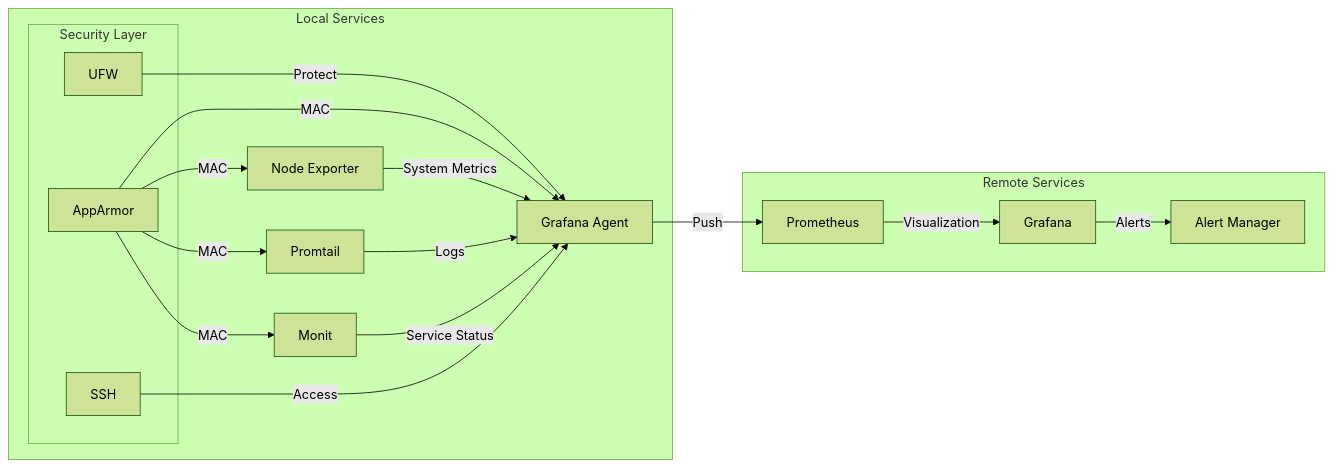
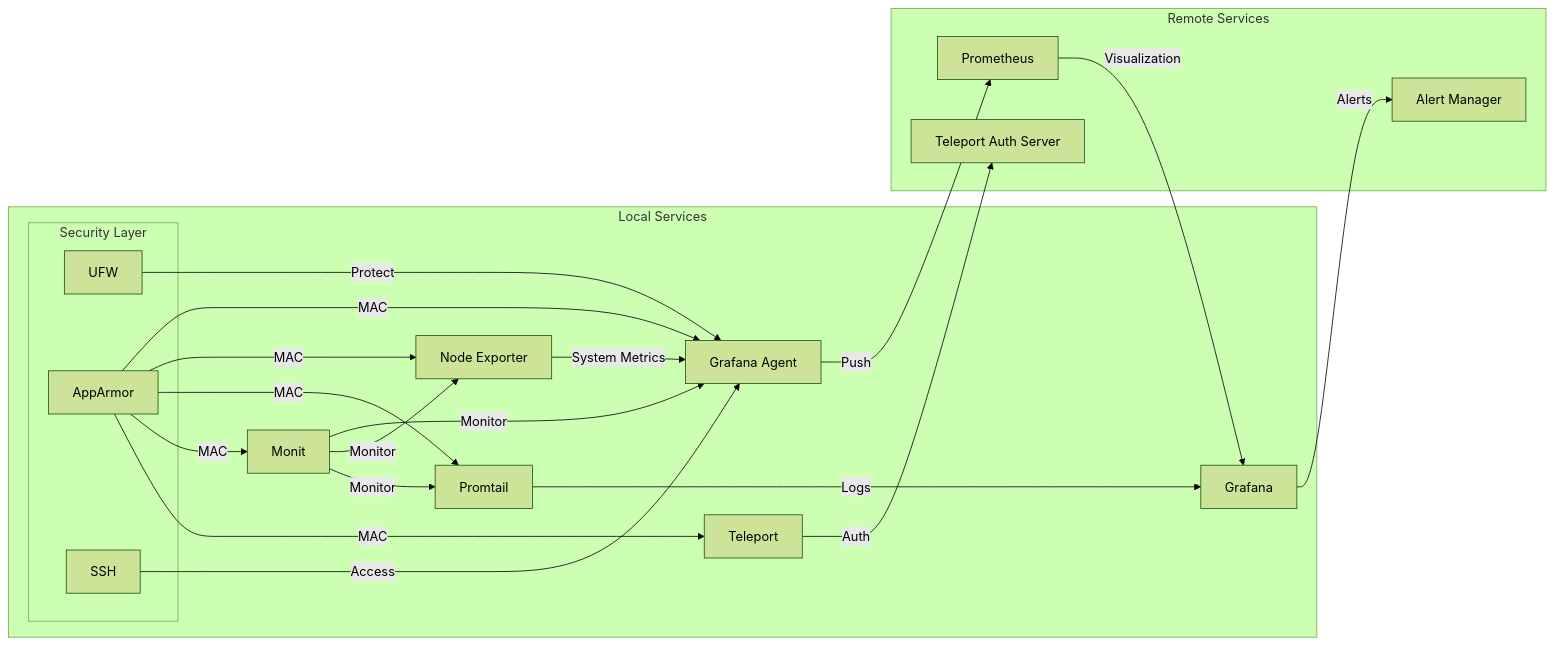
The second of 2 diagrams in roles/admin/README.md (pampatzoglou/provision-validators), drawn with Mermaid (forest theme) before and after one commit. The commit also changed other lines of this file and 2 other files, not shown here.

````diff
--- a/roles/admin/README.md
+++ b/roles/admin/README.md
@@ -240,35 +249,39 @@
 ```mermaid
 graph LR
     subgraph Local Services
         A[Grafana Agent]
         B[Node Exporter]
-        C[Promtail]
-        D[Monit]
+        C[Promtail] --> |Logs| I[Grafana]
+        D[Monit] --> |Monitor| A
+        D --> |Monitor| B
+        D --> |Monitor| C
+        T[Teleport]
         
         subgraph Security Layer
             E[UFW]
             F[AppArmor]
             G[SSH]
         end
     end
 
     subgraph Remote Services
         H[Prometheus]
         I[Grafana]
         J[Alert Manager]
+        K[Teleport Auth Server]
     end
 
     B --> |System Metrics| A
-    C --> |Logs| A
-    D --> |Service Status| A
     A --> |Push| H
     H --> |Visualization| I
     I --> |Alerts| J
+    T --> |Auth| K
 
     E --> |Protect| A
     F --> |MAC| A
     F --> |MAC| B
     F --> |MAC| C
     F --> |MAC| D
+    F --> |MAC| T
     G --> |Access| A
 ```
````
